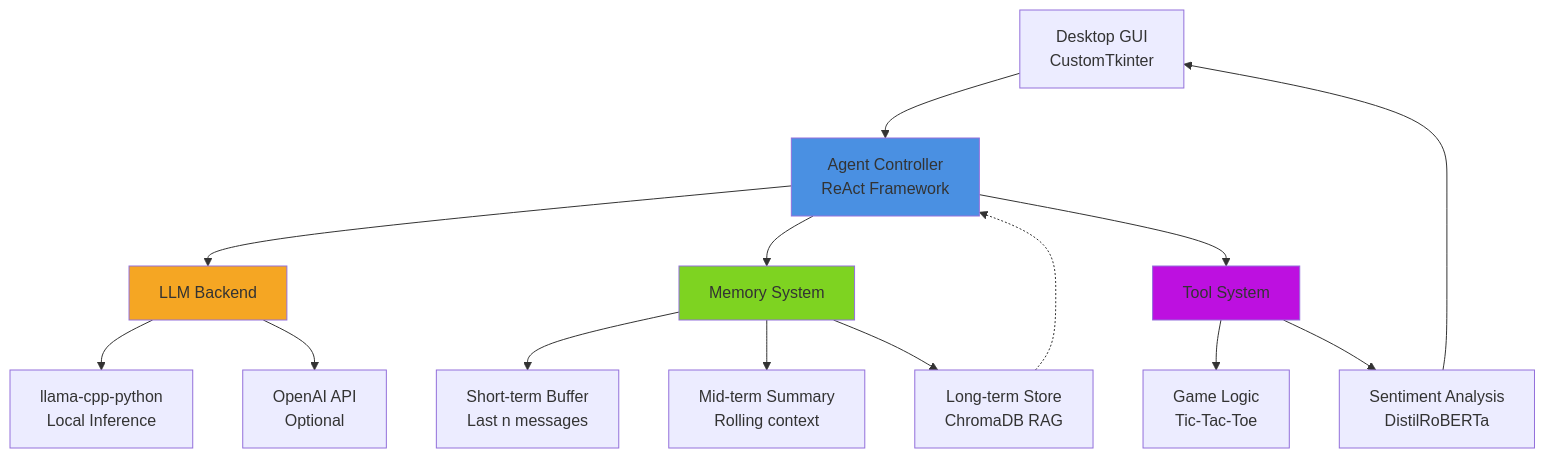
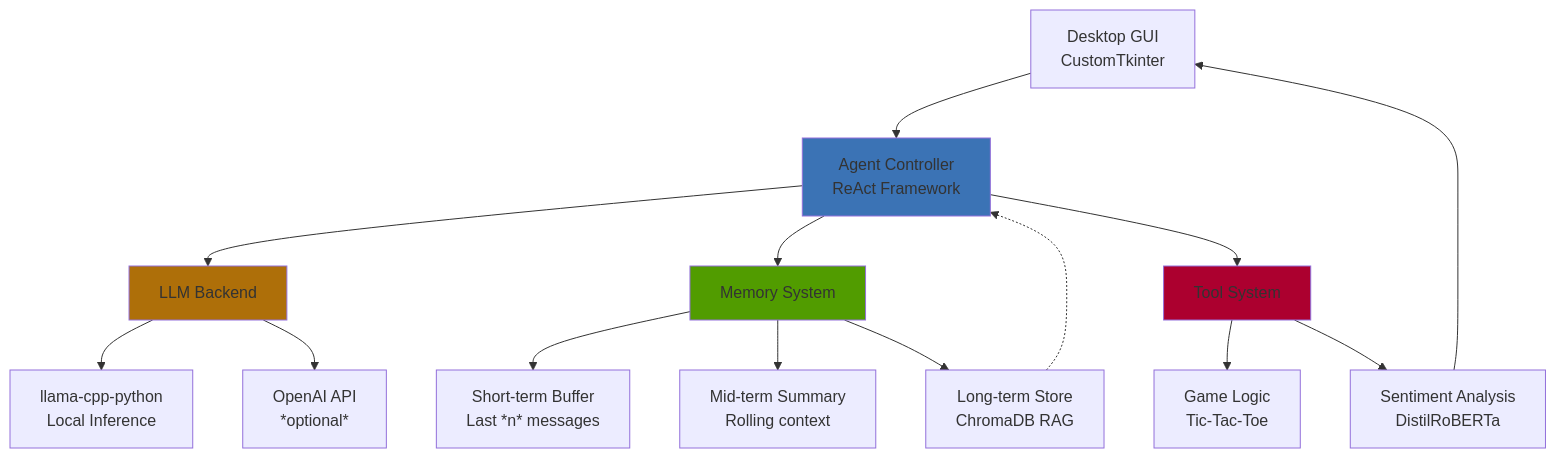
The diagram in README.md (hzabun/llm-agent-desktop-gui), drawn with Mermaid before and after one commit.

Commit message:
docs: format architecture diagram

````diff
--- a/README.md
+++ b/README.md
@@ -35,26 +35,26 @@
 ```mermaid
 graph TB
     UI[Desktop GUI<br/>CustomTkinter] --> Agent[Agent Controller<br/>ReAct Framework]
 
     Agent --> LLM[LLM Backend]
     Agent --> Memory[Memory System]
     Agent --> Tools[Tool System]
 
     LLM --> LocalLLM[llama-cpp-python<br/>Local Inference]
-    LLM --> OpenAI[OpenAI API<br/>Optional]
+    LLM --> OpenAI[OpenAI API<br/>*optional*]
 
-    Memory --> Buffer[Short-term Buffer<br/>Last n messages]
+    Memory --> Buffer[Short-term Buffer<br/>Last *n* messages]
     Memory --> Summary[Mid-term Summary<br/>Rolling context]
     Memory --> Vector[Long-term Store<br/>ChromaDB RAG]
 
     Tools --> Game[Game Logic<br/>Tic-Tac-Toe]
     Tools --> Sentiment[Sentiment Analysis<br/>DistilRoBERTa]
 
     Sentiment --> UI
     Vector -.-> Agent
 
-    style Agent fill:#4A90E2
-    style Memory fill:#7ED321
-    style LLM fill:#F5A623
-    style Tools fill:#BD10E0
+    style Agent fill:#3b73b5
+    style Memory fill:#519c00
+    style LLM fill:#ae6f09
+    style Tools fill:#ac002f
 ```
````
